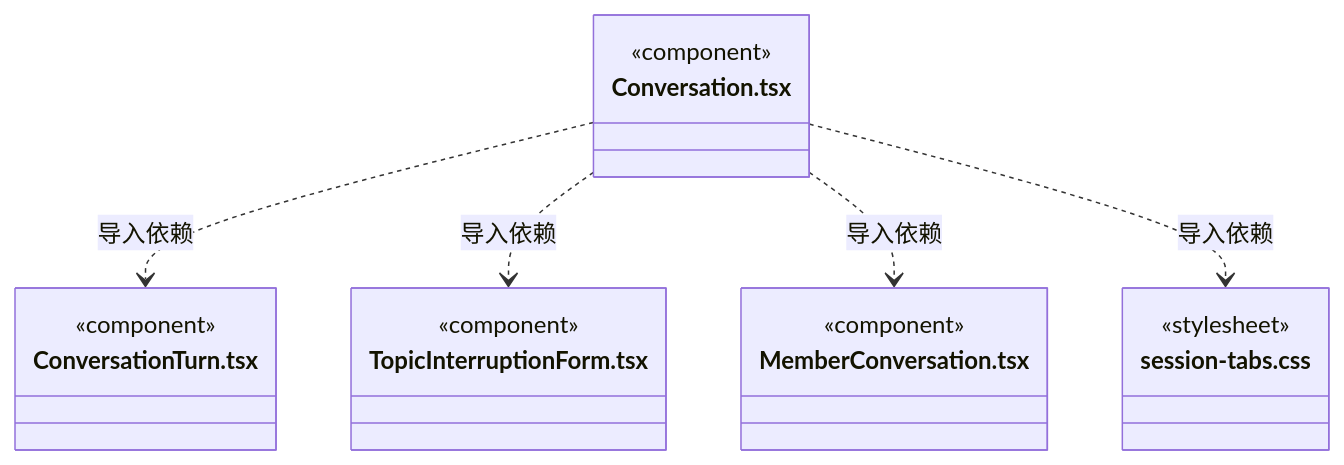
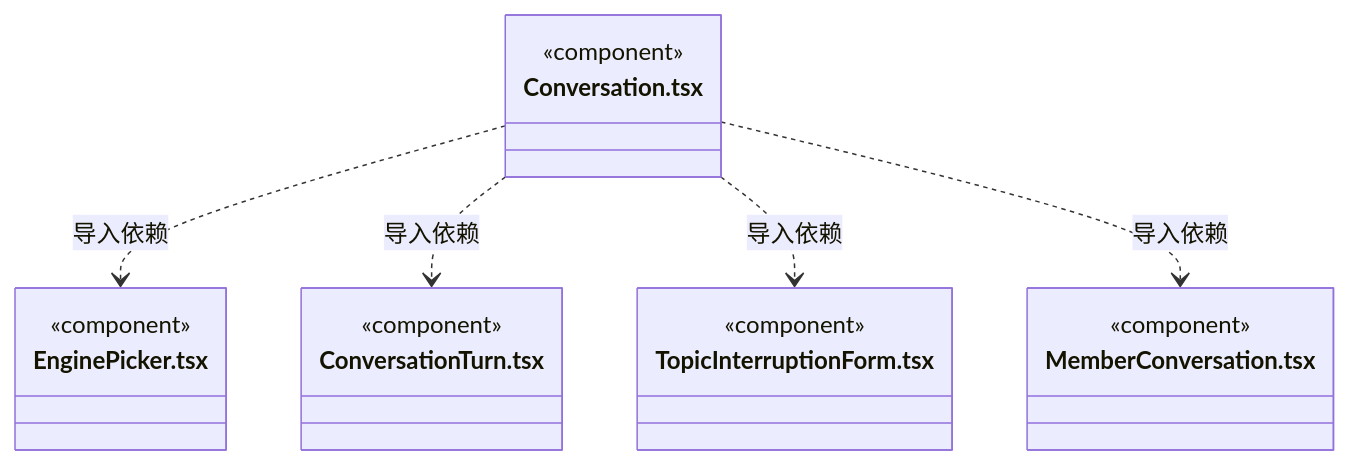
Before and after one commit to nan023062/cbim: diagram 44 of 53 in src/view/conversation/ARCHITECTURE.md, drawn with Mermaid. The commit also changed other lines of this file and 37 other files, not shown here.

Commit message:
feat: manage engines in conversation picker (#95)

````diff
--- a/src/view/conversation/ARCHITECTURE.md
+++ b/src/view/conversation/ARCHITECTURE.md
@@ -623,22 +646,22 @@
 ```mermaid
 classDiagram
 class N_src_view_conversation_Conversation_tsx["Conversation.tsx"] {
+  <<component>>
+}
+class N_src_view_conversation_EnginePicker_tsx["EnginePicker.tsx"] {
   <<component>>
 }
 class N_src_view_conversation_ConversationTurn_tsx["ConversationTurn.tsx"] {
   <<component>>
 }
 class N_src_view_conversation_TopicInterruptionForm_tsx["TopicInterruptionForm.tsx"] {
   <<component>>
 }
 class N_src_view_conversation_MemberConversation_tsx["MemberConversation.tsx"] {
   <<component>>
 }
-class N_src_view_conversation_session_tabs_css["session-tabs.css"] {
-  <<stylesheet>>
-}
+N_src_view_conversation_Conversation_tsx ..> N_src_view_conversation_EnginePicker_tsx : 导入依赖
 N_src_view_conversation_Conversation_tsx ..> N_src_view_conversation_ConversationTurn_tsx : 导入依赖
 N_src_view_conversation_Conversation_tsx ..> N_src_view_conversation_TopicInterruptionForm_tsx : 导入依赖
 N_src_view_conversation_Conversation_tsx ..> N_src_view_conversation_MemberConversation_tsx : 导入依赖
-N_src_view_conversation_Conversation_tsx ..> N_src_view_conversation_session_tabs_css : 导入依赖
 ```
````
